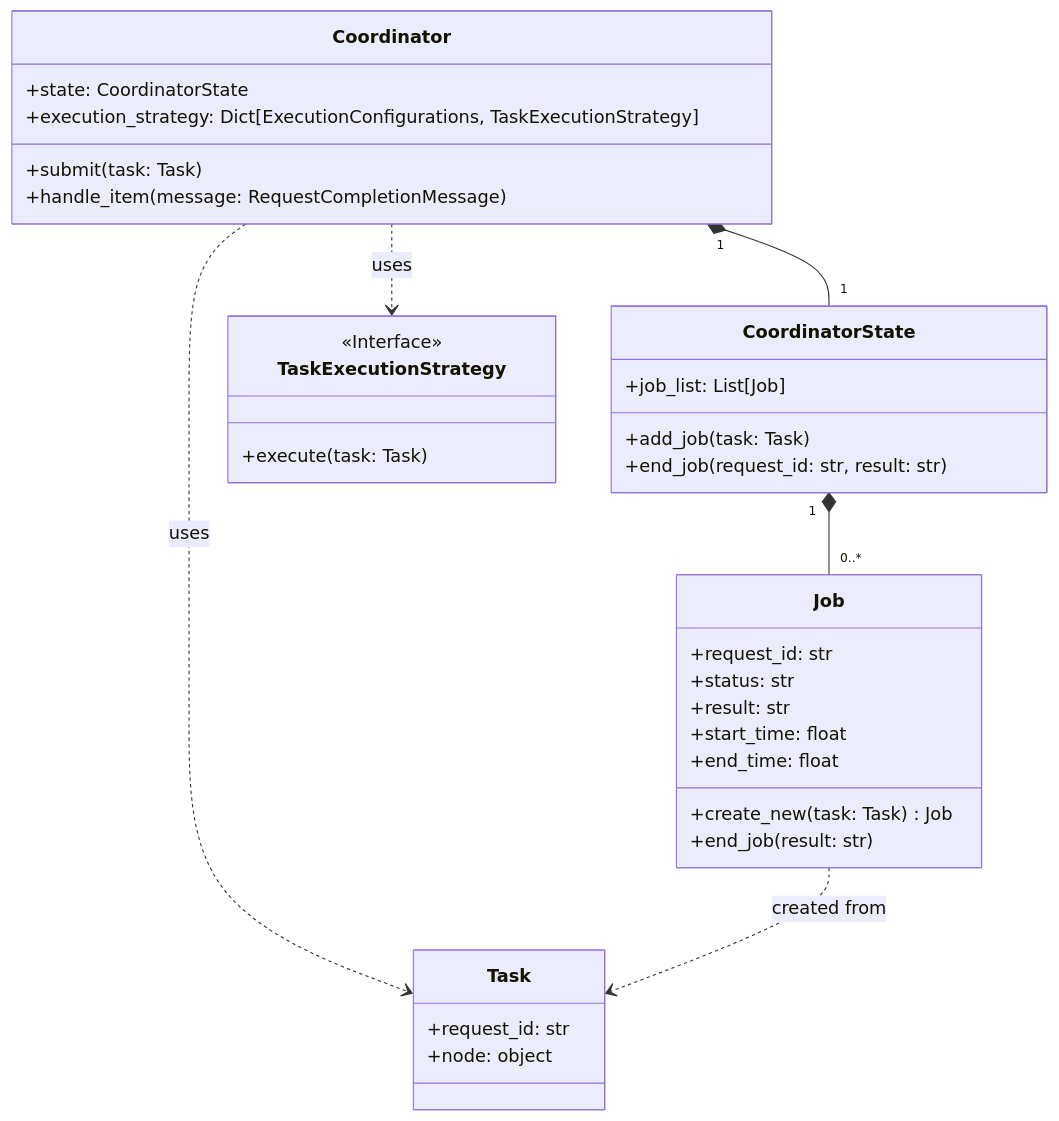
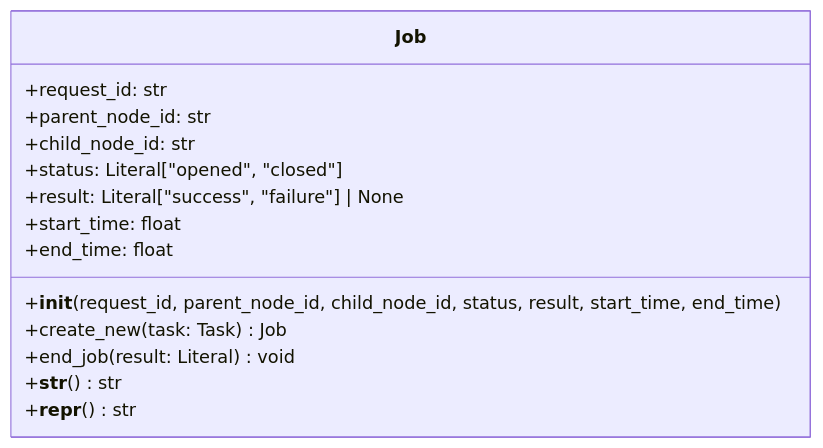
The third of 5 diagrams in docs/system_internals/Coordinator.md (RailtownAI/railtracks), drawn with Mermaid before and after one commit. The commit also changed other lines of this file, not shown here.

Commit message:
checkpoint for coordinator.md

````diff
--- a/docs/system_internals/Coordinator.md
+++ b/docs/system_internals/Coordinator.md
@@ -40,37 +45,17 @@
 ```mermaid
 classDiagram
-    class Coordinator {
-        +state: CoordinatorState
-        +execution_strategy: Dict[ExecutionConfigurations, TaskExecutionStrategy]
-        +submit(task: Task)
-        +handle_item(message: RequestCompletionMessage)
-    }
-    class CoordinatorState {
-        +job_list: List[Job]
-        +add_job(task: Task)
-        +end_job(request_id: str, result: str)
-    }
     class Job {
         +request_id: str
-        +status: str
-        +result: str
+        +parent_node_id: str
+        +child_node_id: str
+        +status: Literal["opened", "closed"]
+        +result: Literal["success", "failure"] | None
         +start_time: float
         +end_time: float
+        +__init__(request_id, parent_node_id, child_node_id, status, result, start_time, end_time)
         +create_new(task: Task) Job
-        +end_job(result: str)
+        +end_job(result: Literal) void
+        +__str__() str
+        +__repr__() str
     }
-    class Task {
-        +request_id: str
-        +node: object
-    }
-    class TaskExecutionStrategy {
-        <<Interface>>
-        +execute(task: Task)
-    }
-
-    Coordinator "1" *-- "1" CoordinatorState
-    CoordinatorState "1" *-- "0..*" Job
-    Coordinator ..> Task : uses
-    Coordinator ..> TaskExecutionStrategy : uses
-    Job ..> Task : created from
 ```
````
